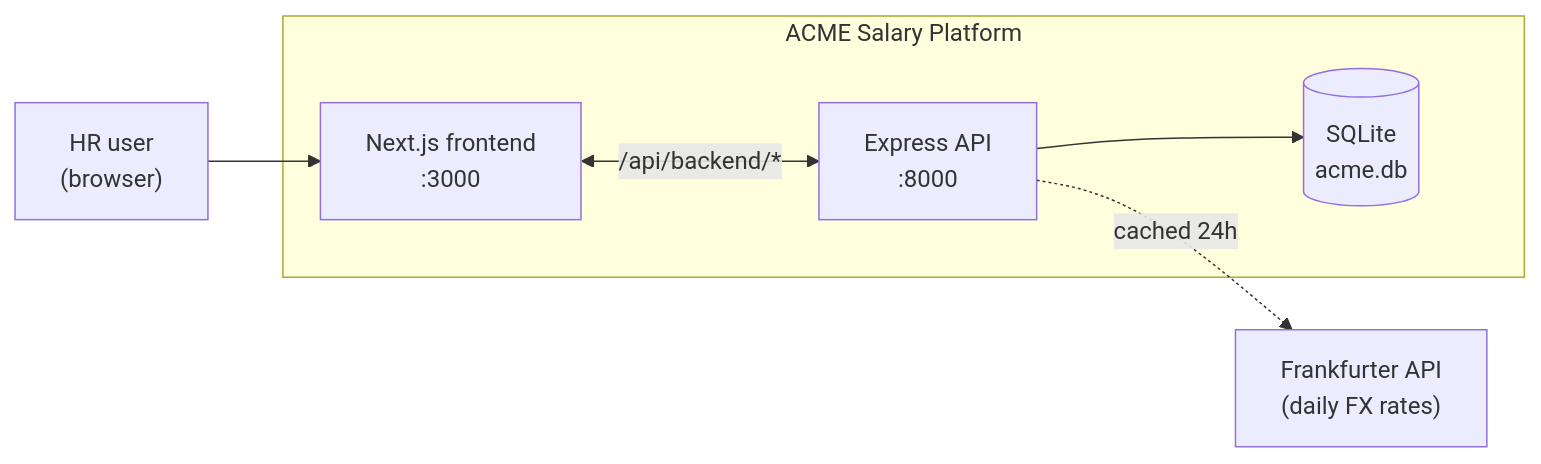
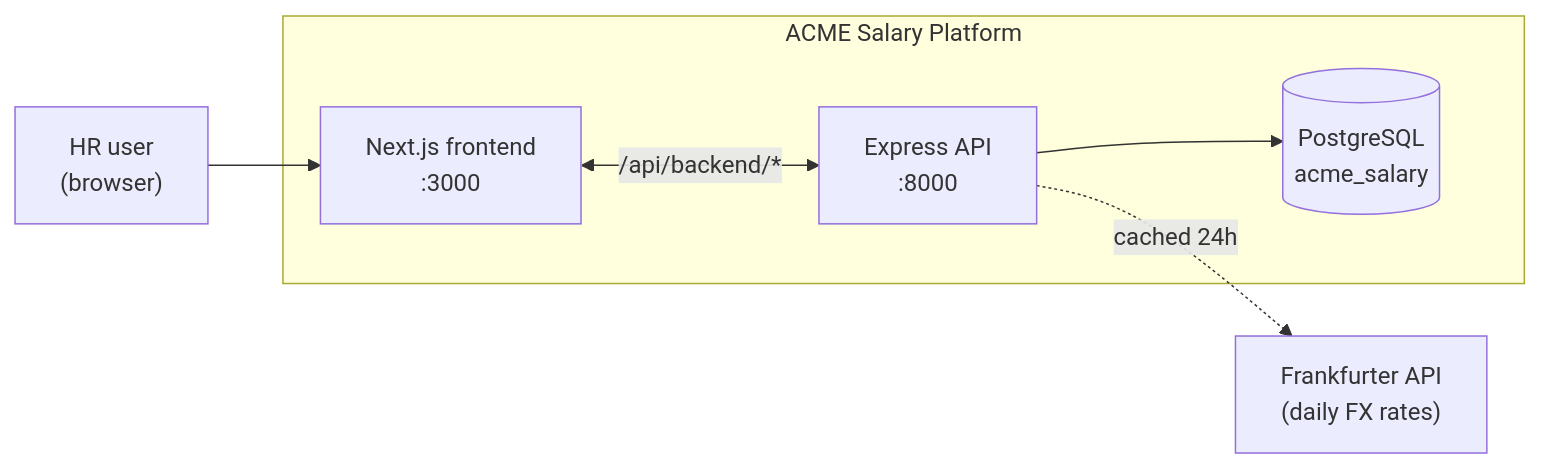
Before and after one commit to BiswajitSen/acme-salary-platform: the first of 6 diagrams in docs/architecture.md, drawn with Mermaid. The commit also changed other lines of this file and 6 other files, not shown here.

````diff
--- a/docs/architecture.md
+++ b/docs/architecture.md
@@ -35,17 +35,17 @@
 ```mermaid
 flowchart LR
   HR["HR user\n(browser)"]
 
   subgraph Platform["ACME Salary Platform"]
     UI["Next.js frontend\n:3000"]
     API["Express API\n:8000"]
-    DB[("SQLite\nacme.db")]
+    DB[("PostgreSQL\nacme_salary")]
     UI <-->|"/api/backend/*"| API
     API --> DB
   end
 
   FX["Frankfurter API\n(daily FX rates)"]
   API -.->|"cached 24h"| FX
 
   HR --> UI
 ```
````
